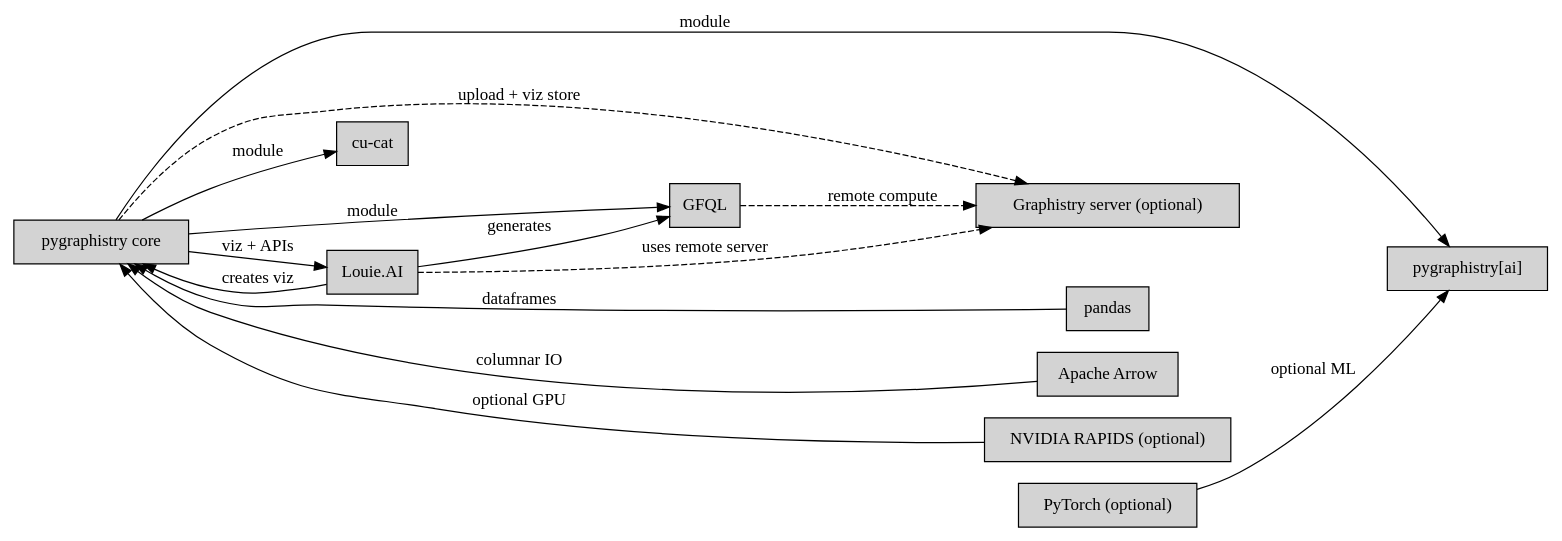
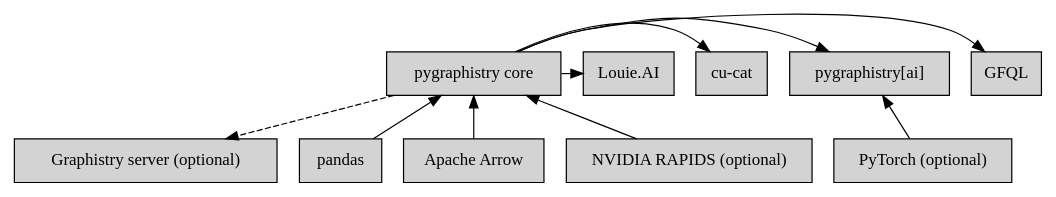
The diagram in docs/source/ecosystem.rst (graphistry/pygraphistry), drawn with Graphviz before and after one commit. The commit also changed other lines of this file, not shown here.

Commit message:
docs: simplify ecosystem diagram

```diff
--- a/docs/source/ecosystem.rst
+++ b/docs/source/ecosystem.rst
@@ -6,36 +6,33 @@
 .. graphviz::
 
    digraph graphistry_ecosystem_toy {
-       rankdir=LR;
+       rankdir=TB;
        node [shape=box, style=filled, fillcolor=lightgray];
 
        core [label="pygraphistry core"];
        gfql [label="GFQL"];
        ai [label="pygraphistry[ai]"];
        cucat [label="cu-cat"];
        louie [label="Louie.AI"];
 
        pandas [label="pandas"];
        arrow [label="Apache Arrow"];
        server [label="Graphistry server (optional)"];
        rapids [label="NVIDIA RAPIDS (optional)"];
        pytorch [label="PyTorch (optional)"];
 
        {rank=same; pandas; arrow; server; rapids; pytorch;}
+       {rank=same; gfql; core; ai; louie; cucat;}
 
-       pandas -> core [label="dataframes"];
-       arrow -> core [label="columnar IO"];
-       rapids -> core [label="optional GPU"];
-       pytorch -> ai [label="optional ML"];
+       pandas -> core;
+       arrow -> core;
+       rapids -> core;
+       pytorch -> ai;
 
-       core -> gfql [label="module"];
-       core -> ai [label="module"];
-       core -> cucat [label="module"];
-       core -> louie [label="viz + APIs"];
+       core -> gfql;
+       core -> ai;
+       core -> cucat;
+       core -> louie;
 
-       core -> server [label="upload + viz store", style=dashed];
-       gfql -> server [label="remote compute", style=dashed];
-       louie -> server [label="uses remote server", style=dashed];
-       louie -> gfql [label="generates"];
-       louie -> core [label="creates viz"];
+       core -> server [style=dashed];
    }
```
